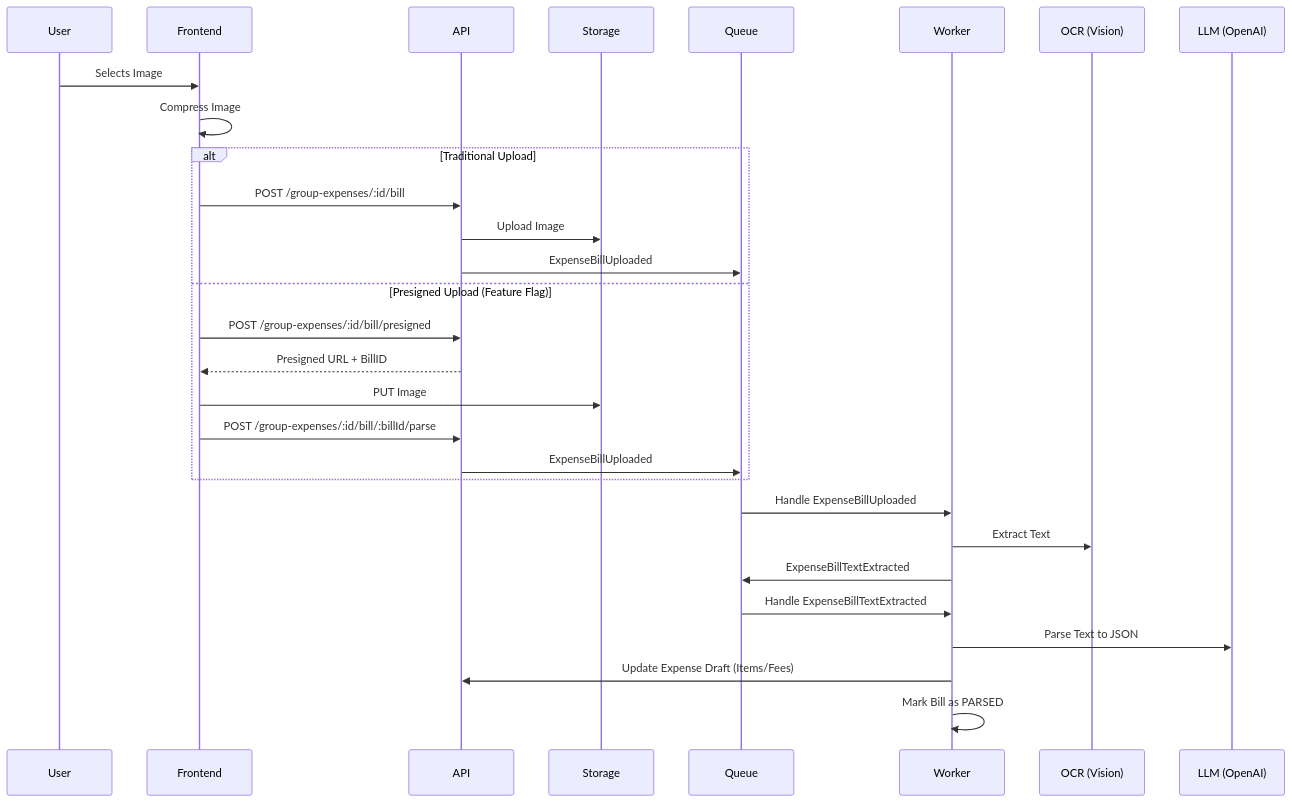
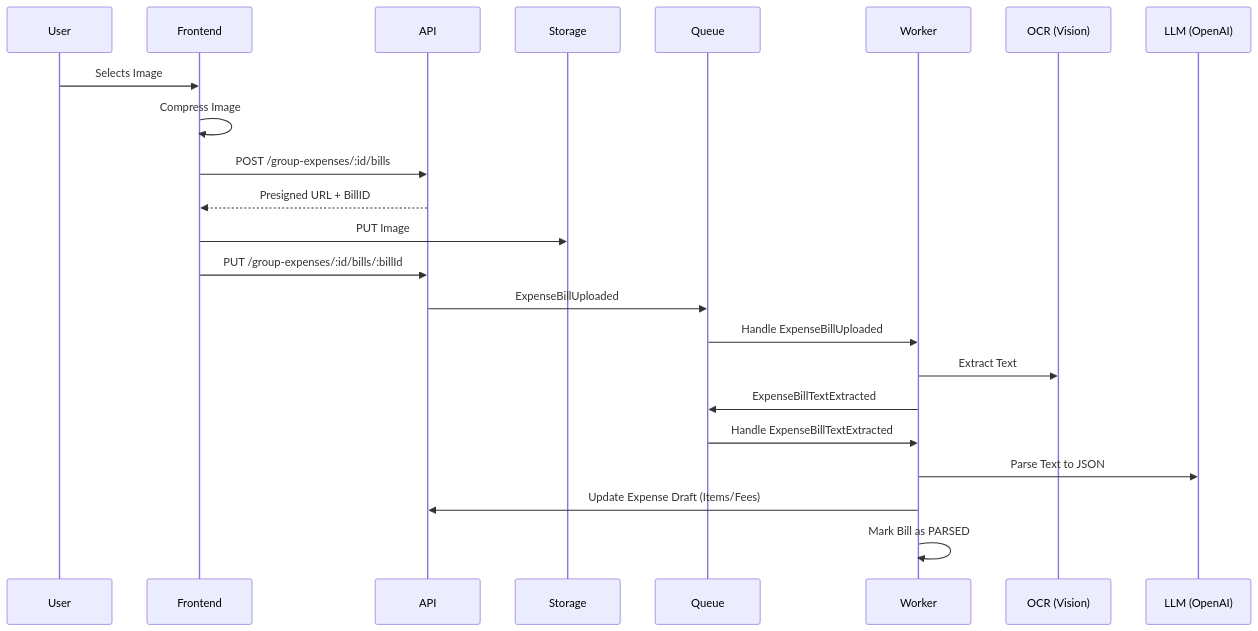
The diagram in docs/bill-upload-flow.md (itsLeonB/cashback), drawn with Mermaid before and after one commit. The commit also changed other lines of this file and 8 other files, not shown here.

Commit message:
chore: remove backend upload flow

````diff
--- a/docs/bill-upload-flow.md
+++ b/docs/bill-upload-flow.md
@@ -9,35 +9,28 @@
 ```mermaid
 sequenceDiagram
     participant User
     participant Frontend
     participant API
     participant Storage
     participant Queue
     participant Worker
     participant OCR (Vision)
     participant LLM (OpenAI)
 
     User->>Frontend: Selects Image
     Frontend->>Frontend: Compress Image
-
-    alt Traditional Upload
-        Frontend->>API: POST /group-expenses/:id/bill
-        API->>Storage: Upload Image
-        API->>Queue: ExpenseBillUploaded
-    else Presigned Upload (Feature Flag)
-        Frontend->>API: POST /group-expenses/:id/bill/presigned
-        API-->>Frontend: Presigned URL + BillID
-        Frontend->>Storage: PUT Image
-        Frontend->>API: POST /group-expenses/:id/bill/:billId/parse
-        API->>Queue: ExpenseBillUploaded
-    end
+    Frontend->>API: POST /group-expenses/:id/bills
+    API-->>Frontend: Presigned URL + BillID
+    Frontend->>Storage: PUT Image
+    Frontend->>API: PUT /group-expenses/:id/bills/:billId
+    API->>Queue: ExpenseBillUploaded
 
     Queue->>Worker: Handle ExpenseBillUploaded
     Worker->>OCR (Vision): Extract Text
     Worker->>Queue: ExpenseBillTextExtracted
 
     Queue->>Worker: Handle ExpenseBillTextExtracted
     Worker->>LLM (OpenAI): Parse Text to JSON
     Worker->>API: Update Expense Draft (Items/Fees)
     Worker->>Worker: Mark Bill as PARSED
 ```
````
